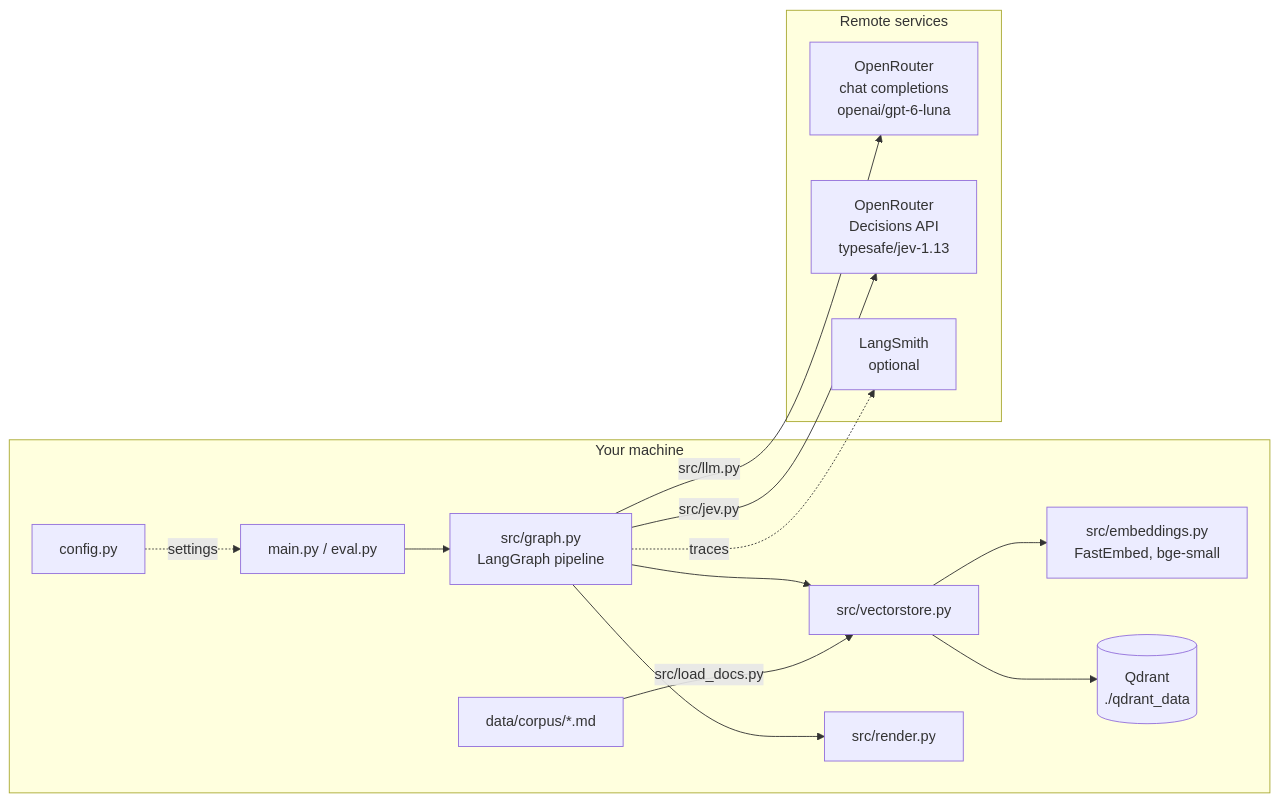
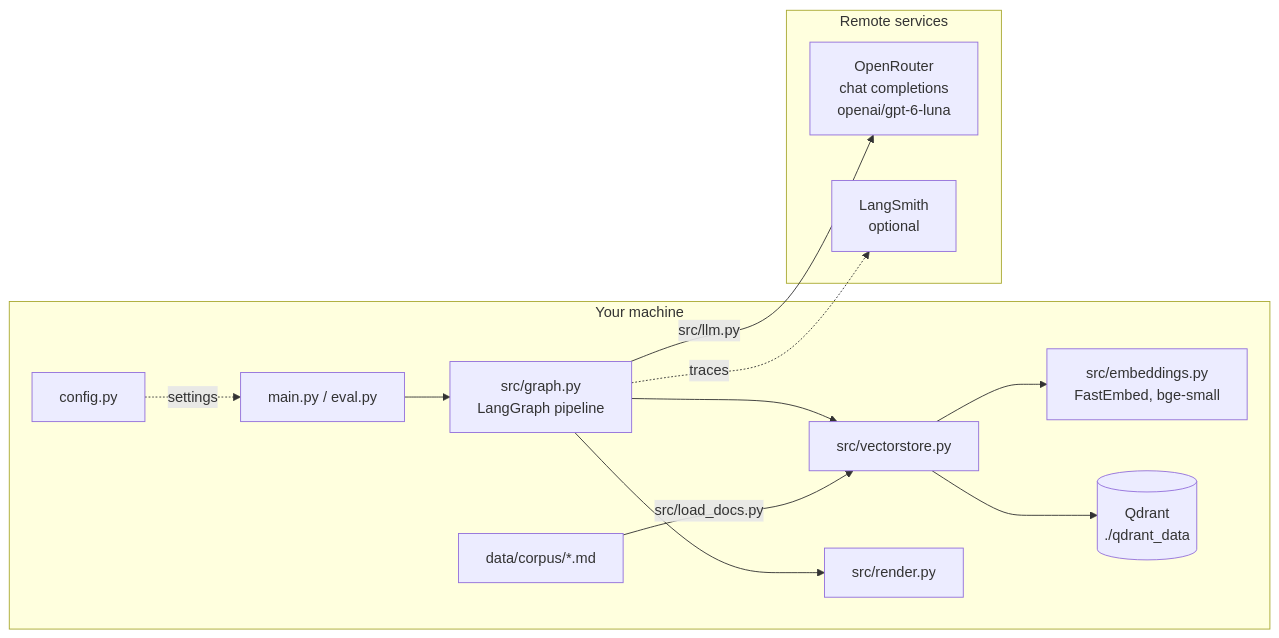
Before and after one commit to chrzanowski000/AICONIC-CRAG: the diagram in docs/architecture.md, drawn with Mermaid. The commit also changed other lines of this file and 8 other files, not shown here.

````diff
--- a/docs/architecture.md
+++ b/docs/architecture.md
@@ -8,27 +8,25 @@
 ```mermaid
 flowchart LR
   subgraph local[Your machine]
     CLI[main.py / eval.py]
     CFG[config.py]
     G[src/graph.py<br/>LangGraph pipeline]
     VS[src/vectorstore.py]
     EMB[src/embeddings.py<br/>FastEmbed, bge-small]
     Q[(Qdrant<br/>./qdrant_data)]
     DOCS[data/corpus/*.md]
     R[src/render.py]
   end
   subgraph remote[Remote services]
     OR[OpenRouter<br/>chat completions<br/>openai/gpt-6-luna]
-    JEV[OpenRouter<br/>Decisions API<br/>typesafe/jev-1.13]
     LS[LangSmith<br/>optional]
   end
   CLI --> G
   CFG -. settings .-> CLI
   G --> VS --> Q
   VS --> EMB
   DOCS -->|src/load_docs.py| VS
   G -->|src/llm.py| OR
-  G -->|src/jev.py| JEV
   G --> R
   G -. traces .-> LS
 ```
````
